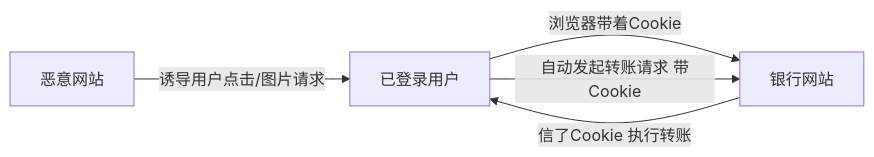
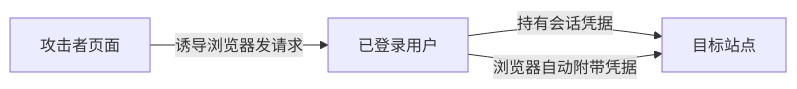
The diagram in 01_综合知识/03_信息安全技术/04_应用安全与攻击防护/CSRF跨站请求伪造.md (74262195/system-architect-notes), drawn with Mermaid before and after one commit. The commit also changed other lines of this file and 14 other files, not shown here.

````diff
--- a/01_综合知识/03_信息安全技术/04_应用安全与攻击防护/CSRF跨站请求伪造.md
+++ b/01_综合知识/03_信息安全技术/04_应用安全与攻击防护/CSRF跨站请求伪造.md
@@ -53,7 +33,6 @@
 ```mermaid
 flowchart LR
-    U[已登录用户] -->|浏览器带着Cookie| B[银行网站]
-    A[恶意网站] -->|诱导用户点击/图片请求| U
-    U -->|自动发起转账请求 带Cookie| B
-    B -->|信了Cookie 执行转账| U
+    U[已登录用户] -->|持有会话凭据| T[目标站点]
+    A[攻击者页面] -->|诱导浏览器发请求| U
+    U -->|浏览器自动附带凭据| T
 ```
````
